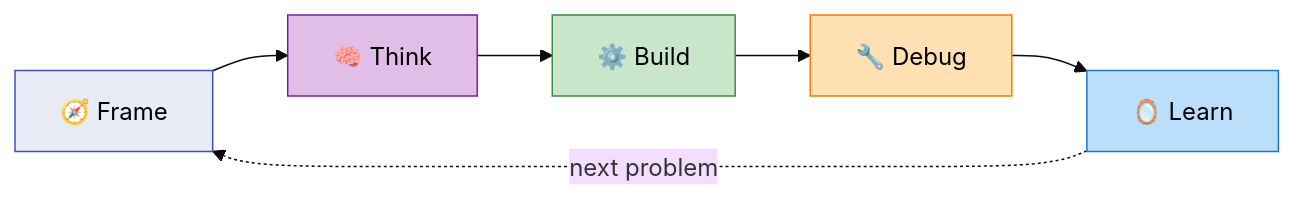
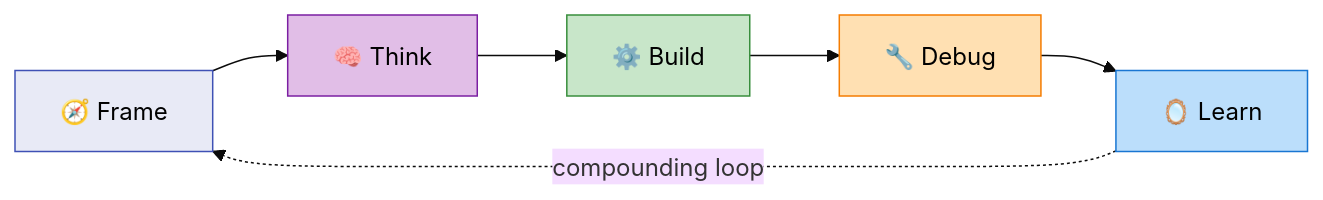
The diagram in README.md (digital-stoic-org/agent-skills), drawn with Mermaid (base theme) before and after one commit. The commit also changed other lines of this file and 4 other files, not shown here.

````diff
--- a/README.md
+++ b/README.md
@@ -30,20 +25,20 @@
 ```mermaid
 flowchart LR
     F["🧭 Frame"] --> T["🧠 Think"]
     T --> B["⚙️ Build"]
     B --> D["🔧 Debug"]
     D --> L["🪞 Learn"]
-    L -.->|"next problem"| F
+    L -.->|"compounding loop"| F
 
     classDef frame fill:#E8EAF6,stroke:#3F51B5,color:#000
     classDef think fill:#E1BEE7,stroke:#7B1FA2,color:#000
     classDef build fill:#C8E6C9,stroke:#388E3C,color:#000
     classDef debug fill:#FFE0B2,stroke:#F57C00,color:#000
     classDef learn fill:#BBDEFB,stroke:#1976D2,color:#000
 
     class F frame
     class T think
     class B build
     class D debug
     class L learn
 ```
````
